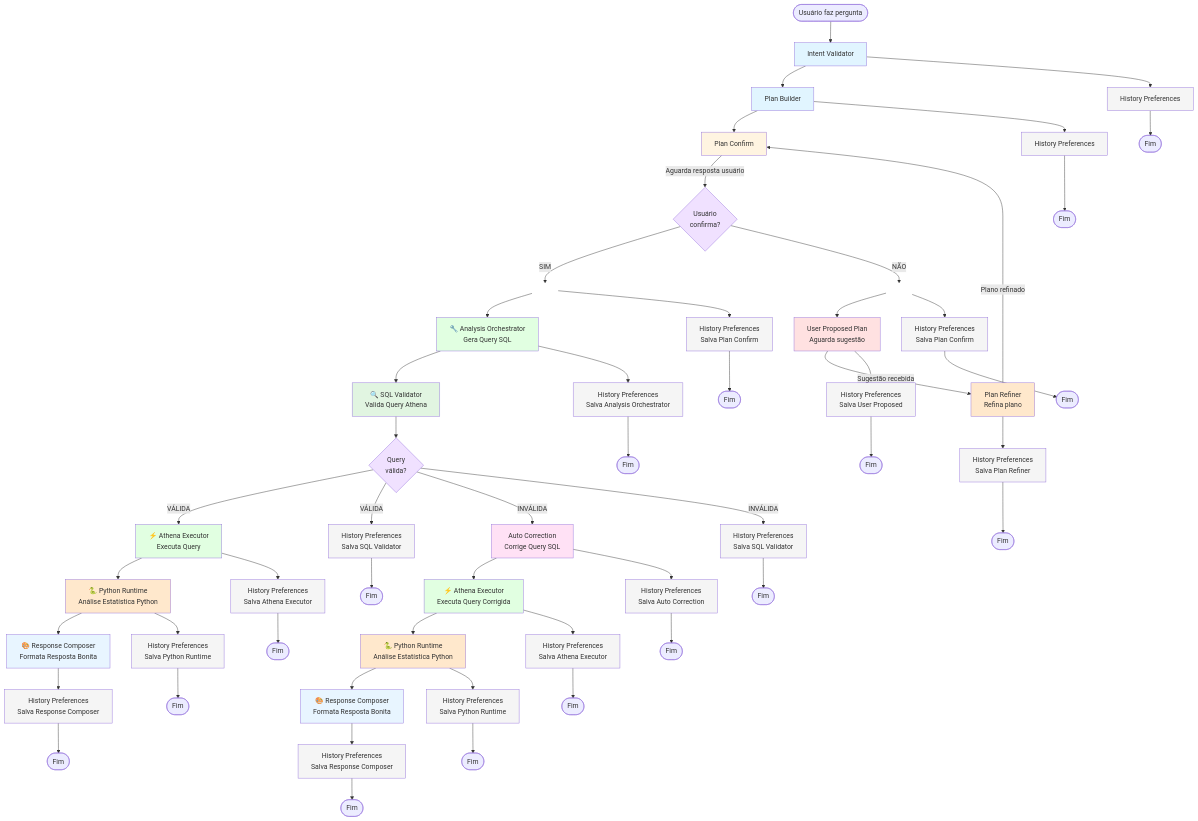
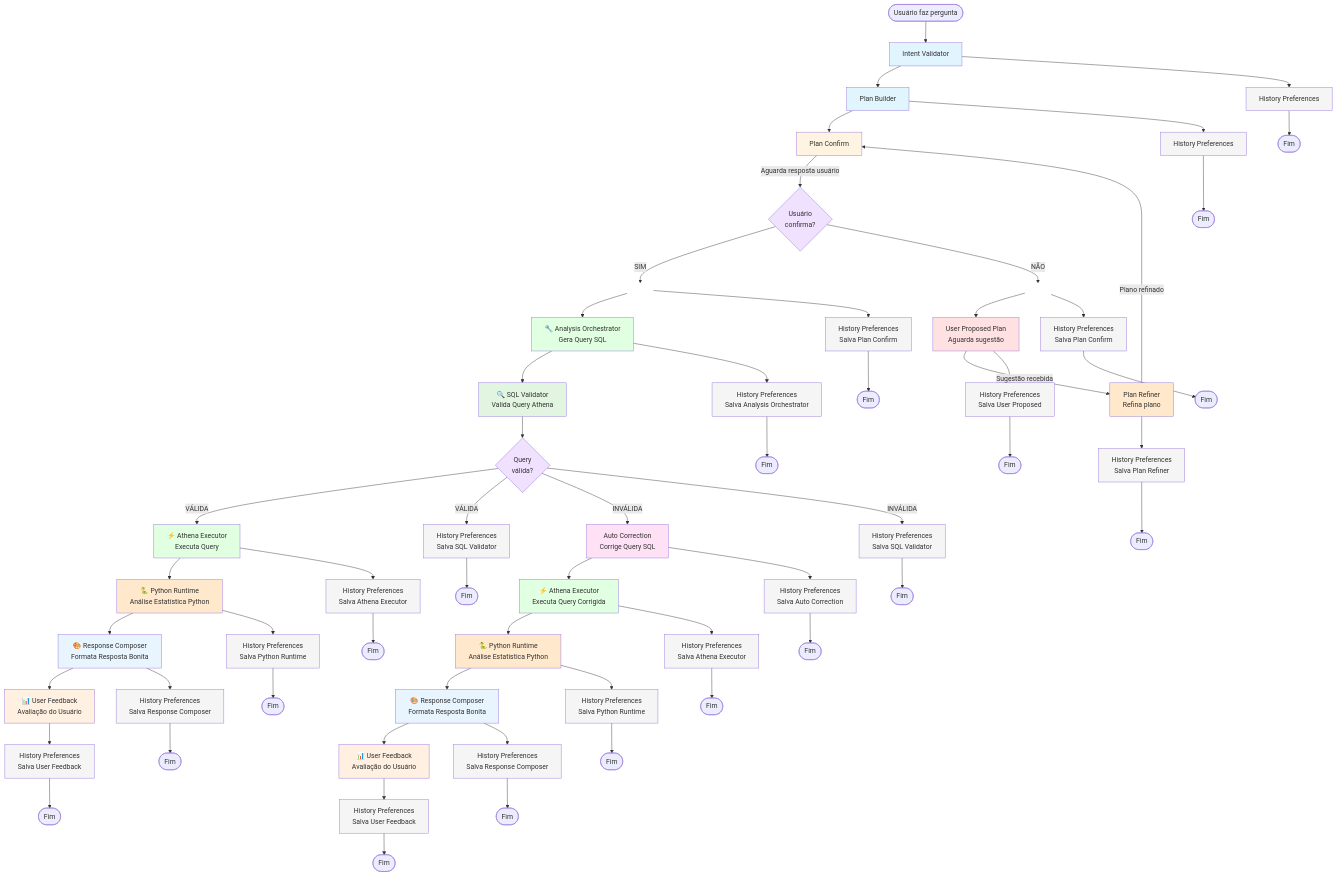
The diagram in actual_state_solution/graph_orchestrator_flow.mmd (thigarciaj/ezpocket), drawn with Mermaid before and after one commit. The commit also changed 12 other files, not shown here.

First line of the commit message:
feat: Integrar User Feedback no fluxo após Response Composer

```diff
--- a/actual_state_solution/graph_orchestrator_flow.mmd
+++ b/actual_state_solution/graph_orchestrator_flow.mmd
@@ -1,113 +1,125 @@
 graph TD
     Start([Usuário faz pergunta]) --> IntentValidator[Intent Validator]
     
     IntentValidator --> PlanBuilder[Plan Builder]
     IntentValidator --> H1[History Preferences]
     
     PlanBuilder --> PlanConfirm[Plan Confirm]
     PlanBuilder --> H2[History Preferences]
     
     PlanConfirm -->|Aguarda resposta usuário| Decision{Usuário<br/>confirma?}
     
     %% Ramo SIM (apenas uma seta)
     Decision -->|SIM| Yes[  ]
     Yes --> AnalysisOrchestrator["🔧 Analysis Orchestrator<br/>Gera Query SQL"]
     Yes --> H3[History Preferences<br/>Salva Plan Confirm]
 
     %% Ramo NÃO (apenas uma seta)
     Decision -->|NÃO| No[  ]
     No --> UserProposed[User Proposed Plan<br/>Aguarda sugestão]
     No --> H4[History Preferences<br/>Salva Plan Confirm]
     
     %% Fluxo após Analysis Orchestrator: Paralelo para SQL Validator + History
     AnalysisOrchestrator -->SQLValidator["🔍 SQL Validator<br/>Valida Query Athena"]
     AnalysisOrchestrator -->H5[History Preferences<br/>Salva Analysis Orchestrator]
     
     %% SQL Validator decide o fluxo baseado na validação
     SQLValidator --> ValidationDecision{Query<br/>válida?}
     
     %% Se query VÁLIDA: vai para Athena Executor + History (paralelo)
     ValidationDecision -->|VÁLIDA| AthenaExecutor["⚡ Athena Executor<br/>Executa Query"]
     ValidationDecision -->|VÁLIDA| H8[History Preferences<br/>Salva SQL Validator]
     
     %% Se query INVÁLIDA: vai para AutoCorrection + History (paralelo)
     ValidationDecision -->|INVÁLIDA| AutoCorrection[Auto Correction<br/>Corrige Query SQL]
     ValidationDecision -->|INVÁLIDA| H8B[History Preferences<br/>Salva SQL Validator]
     
     %% AutoCorrection corrige e vai para Athena Executor + History (paralelo)
     AutoCorrection --> AthenaExecutor2["⚡ Athena Executor<br/>Executa Query Corrigida"]
     AutoCorrection --> H9[History Preferences<br/>Salva Auto Correction]
     
     %% Athena Executor vai para Python Runtime + History (paralelo)
     AthenaExecutor --> PythonRuntime["🐍 Python Runtime<br/>Análise Estatística Python"]
     AthenaExecutor --> H10[History Preferences<br/>Salva Athena Executor]
     AthenaExecutor2 --> PythonRuntime2["🐍 Python Runtime<br/>Análise Estatística Python"]
     AthenaExecutor2 --> H10B[History Preferences<br/>Salva Athena Executor]
     
     %% Python Runtime vai para Response Composer + History (paralelo)
     PythonRuntime --> ResponseComposer["🎨 Response Composer<br/>Formata Resposta Bonita"]
     PythonRuntime --> H11[History Preferences<br/>Salva Python Runtime]
     PythonRuntime2 --> ResponseComposer2["🎨 Response Composer<br/>Formata Resposta Bonita"]
     PythonRuntime2 --> H12[History Preferences<br/>Salva Python Runtime]
     
-    %% Response Composer salva no History
+    %% Response Composer vai para User Feedback (OPCIONAL) + History (paralelo)
+    ResponseComposer --> UserFeedback["📊 User Feedback<br/>Avaliação do Usuário"]
     ResponseComposer --> H13[History Preferences<br/>Salva Response Composer]
+    ResponseComposer2 --> UserFeedback2["📊 User Feedback<br/>Avaliação do Usuário"]
     ResponseComposer2 --> H14[History Preferences<br/>Salva Response Composer]
+    
+    %% User Feedback salva no History
+    UserFeedback --> H15[History Preferences<br/>Salva User Feedback]
+    UserFeedback2 --> H16[History Preferences<br/>Salva User Feedback]
     
     UserProposed -->|Sugestão recebida| PlanRefiner[Plan Refiner<br/>Refina plano]
     UserProposed --> H6[History Preferences<br/>Salva User Proposed]
     
     PlanRefiner -->|Plano refinado| PlanConfirm
     PlanRefiner --> H7[History Preferences<br/>Salva Plan Refiner]
     
     H1 --> End1([Fim])
     H2 --> End2([Fim])
     H3 --> End3([Fim])
     H4 --> End4([Fim])
     H5 --> End5([Fim])
     H6 --> End6([Fim])
     H7 --> End7([Fim])
     H8 --> End8([Fim])
     H8B --> End8B([Fim])
     H9 --> End9([Fim])
     H10 --> End10([Fim])
     H10B --> End10B([Fim])
     H11 --> End11([Fim])
     H12 --> End12([Fim])
     H13 --> End13([Fim])
     H14 --> End14([Fim])
+    H15 --> End15([Fim])
+    H16 --> End16([Fim])
 
     style IntentValidator fill:#e1f5ff
     style PlanBuilder fill:#e1f5ff
     style PlanConfirm fill:#fff4e1
     style AnalysisOrchestrator fill:#e1ffe1
     style SQLValidator fill:#e1f5e1
     style AutoCorrection fill:#ffe1f5
     style UserProposed fill:#ffe1e1
     style PlanRefiner fill:#ffe8cc
     style Decision fill:#f0e1ff
     style ValidationDecision fill:#f0e1ff
     style Yes fill:#ffffff,stroke:#ffffff
     style No fill:#ffffff,stroke:#ffffff
     style H1 fill:#f5f5f5
     style H2 fill:#f5f5f5
     style H3 fill:#f5f5f5
     style H4 fill:#f5f5f5
     style H5 fill:#f5f5f5
     style H6 fill:#f5f5f5
     style H7 fill:#f5f5f5
     style H8 fill:#f5f5f5
     style H8B fill:#f5f5f5
     style H9 fill:#f5f5f5
     style H10 fill:#f5f5f5
     style H10B fill:#f5f5f5
     style H11 fill:#f5f5f5
     style H12 fill:#f5f5f5
     style H13 fill:#f5f5f5
     style H14 fill:#f5f5f5
+    style H15 fill:#f5f5f5
+    style H16 fill:#f5f5f5
     style AthenaExecutor fill:#e1ffe1
     style AthenaExecutor2 fill:#e1ffe1
     style PythonRuntime fill:#ffe8cc
     style PythonRuntime2 fill:#ffe8cc
     style ResponseComposer fill:#e8f5ff
     style ResponseComposer2 fill:#e8f5ff
+    style UserFeedback fill:#fff0e1
+    style UserFeedback2 fill:#fff0e1
```
